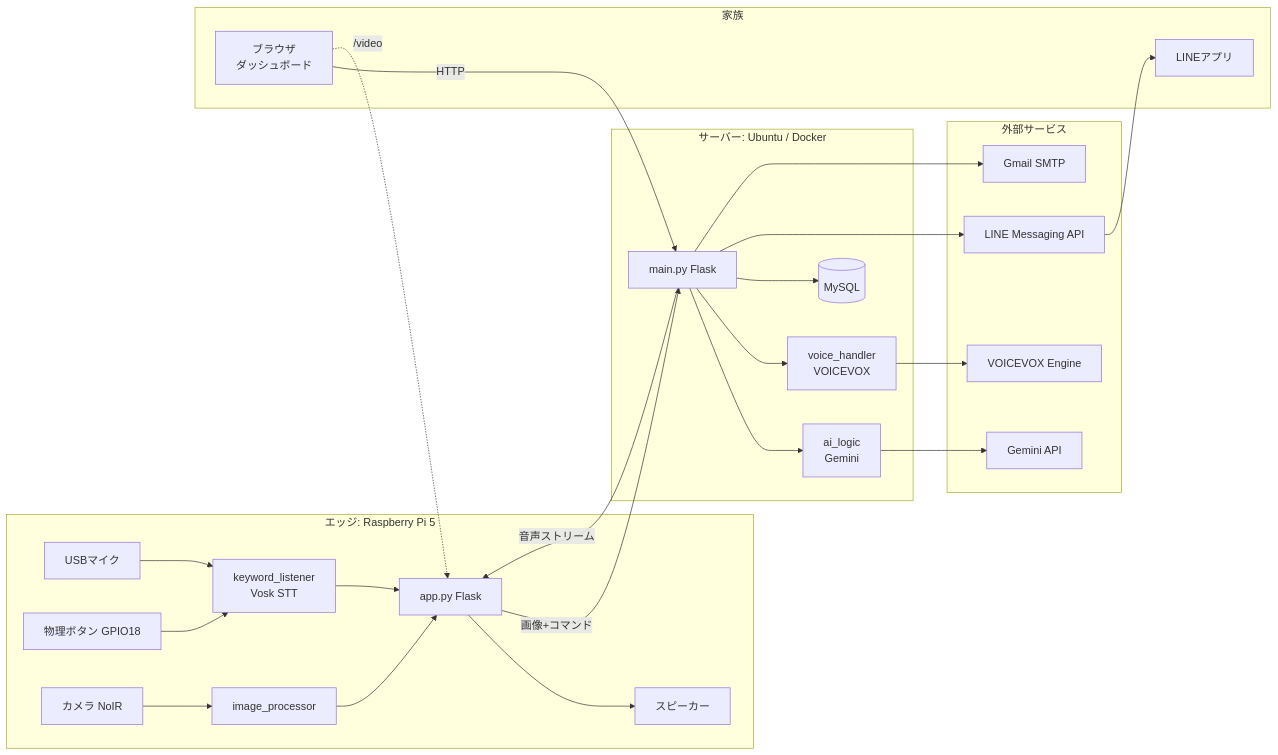
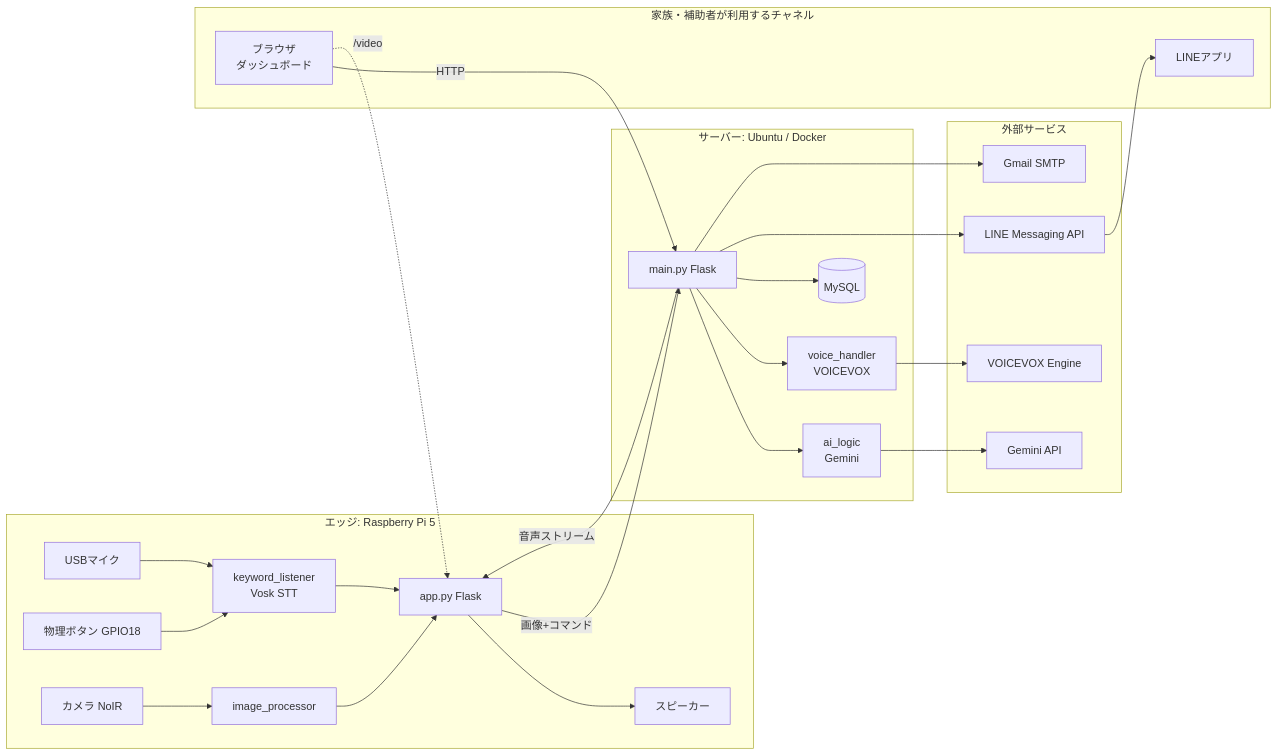
Before and after one commit to s-taketa/26pbl-group8: the first of 3 diagrams in コエミマ_設計書/基本設計/図(Mermaid).md, drawn with Mermaid. The commit also changed other lines of this file and 11 other files, not shown here.

````diff
--- a/コエミマ_設計書/基本設計/図(Mermaid).md
+++ b/コエミマ_設計書/基本設計/図(Mermaid).md
@@ -9,40 +9,40 @@
 ```mermaid
 flowchart LR
     subgraph Edge["エッジ: Raspberry Pi 5"]
         MIC[USBマイク] --> KL[keyword_listener<br/>Vosk STT]
         BTN[物理ボタン GPIO18] --> KL
         CAM[カメラ NoIR] --> IP[image_processor]
         KL --> APP[app.py Flask]
         IP --> APP
         SPK[スピーカー] 
         APP --> SPK
     end
     subgraph Server["サーバー: Ubuntu / Docker"]
         MAIN[main.py Flask]
         AI[ai_logic<br/>Gemini]
         VH[voice_handler<br/>VOICEVOX]
         DB[(MySQL)]
         MAIN --> AI
         MAIN --> VH
         MAIN --> DB
     end
     subgraph Ext["外部サービス"]
         GEM[Gemini API]
         VVX[VOICEVOX Engine]
         LINE[LINE Messaging API]
         SMTP[Gmail SMTP]
     end
-    subgraph Family["家族"]
+    subgraph Family["家族・補助者が利用するチャネル"]
         WEB[ブラウザ<br/>ダッシュボード]
         LN[LINEアプリ]
     end
 
     APP -->|画像+コマンド| MAIN
     MAIN -->|音声ストリーム| APP
     AI --> GEM
     VH --> VVX
     MAIN --> LINE --> LN
     MAIN --> SMTP
     WEB -->|HTTP| MAIN
     WEB -.->|/video| APP
 ```
````
